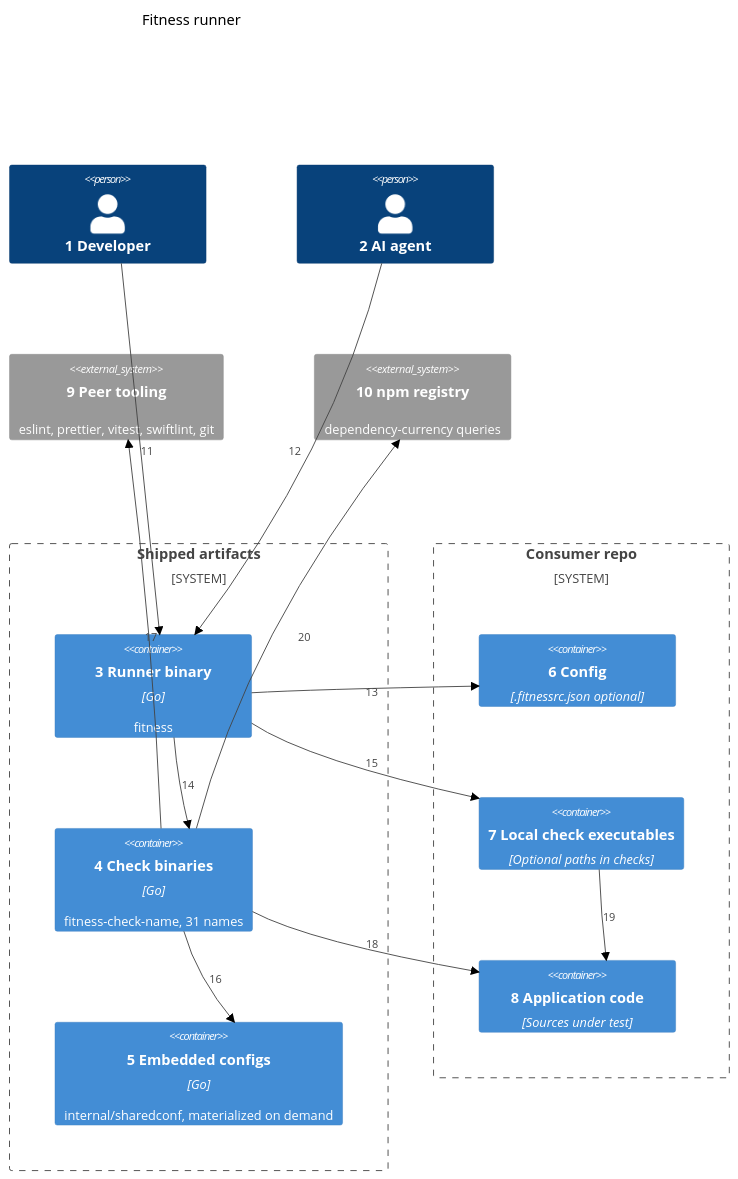
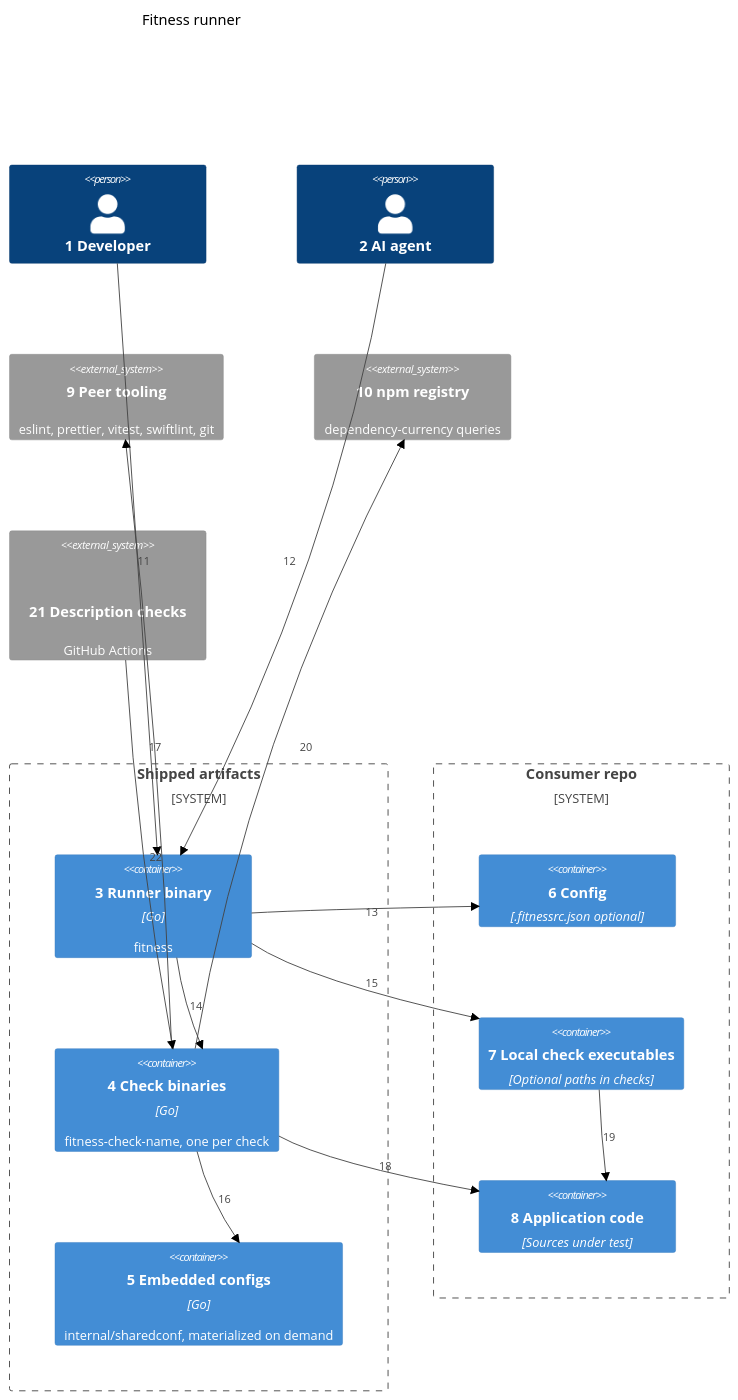
One commit to may-journal/fitness-runner changed the first of 2 diagrams in docs/architecture/02-containers.md. Above: the diagram before and after it, drawn with Mermaid (forest theme). The commit also changed other lines of this file and 6 other files, not shown here.

First line of the commit message:
docs(architecture): drop fixed check counts and model body mode (#79)

````diff
--- a/docs/architecture/02-containers.md
+++ b/docs/architecture/02-containers.md
@@ -7,33 +7,35 @@
 ```mermaid
 C4Container
     title Fitness runner
 
     Person(developer, "1 Developer")
     Person(agent, "2 AI agent")
 
     System_Boundary(ship, "Shipped artifacts") {
         Container(cli, "3 Runner binary", "Go", "fitness")
-        Container(checks, "4 Check binaries", "Go", "fitness-check-name, 31 names")
+        Container(checks, "4 Check binaries", "Go", "fitness-check-name, one per check")
         Container(shared, "5 Embedded configs", "Go", "internal/sharedconf, materialized on demand")
     }
 
     System_Boundary(consumer, "Consumer repo") {
         Container(rc, "6 Config", ".fitnessrc.json optional")
         Container(localChecks, "7 Local check executables", "Optional paths in checks")
         Container(code, "8 Application code", "Sources under test")
     }
 
     System_Ext(tools, "9 Peer tooling", "eslint, prettier, vitest, swiftlint, git")
     System_Ext(registry, "10 npm registry", "dependency-currency queries")
+    System_Ext(ci, "21 Description checks", "GitHub Actions", "plan-check and pr-check")
 
     Rel(developer, cli, "11")
     Rel(agent, cli, "12")
     Rel(cli, rc, "13")
     Rel(cli, checks, "14")
     Rel(cli, localChecks, "15")
     Rel(checks, shared, "16")
     Rel(checks, tools, "17")
     Rel(checks, code, "18")
     Rel(localChecks, code, "19")
     Rel(checks, registry, "20")
+    Rel(ci, checks, "22")
 ```
````
